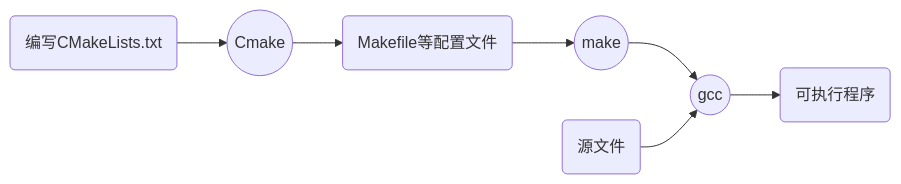
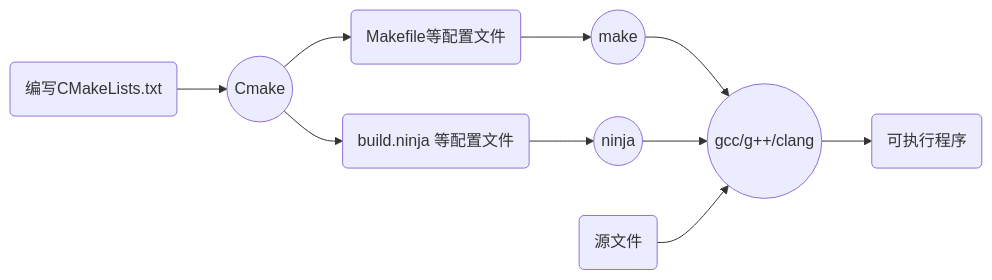
Before and after one commit to xhsgg12302/archive-docs: the diagram in devops/build/cmake.md, drawn with Mermaid. The commit also changed other lines of this file, not shown here.

````diff
--- a/devops/build/cmake.md
+++ b/devops/build/cmake.md
@@ -12,9 +17,12 @@
-    ```mermaid
-    graph LR
-    A(编写CMakeLists.txt)-->B((Cmake))
-    B-->C(Makefile等配置文件)
-    C-->D((make))
-    D-->F((gcc))
-    E(源文件)-->F
-    F-->G(可执行程序)
-    ```
+        ```mermaid
+        graph LR
+        A(编写CMakeLists.txt)-->B((Cmake))
+        B-->M(Makefile等配置文件)
+        B-->N(build.ninja 等配置文件)
+        M-->DM((make))
+        N-->DN((ninja))
+        DM-->F((gcc/g++/clang))
+        DN-->F
+        E(源文件)-->F
+        F-->G(可执行程序)
+        ```
````
